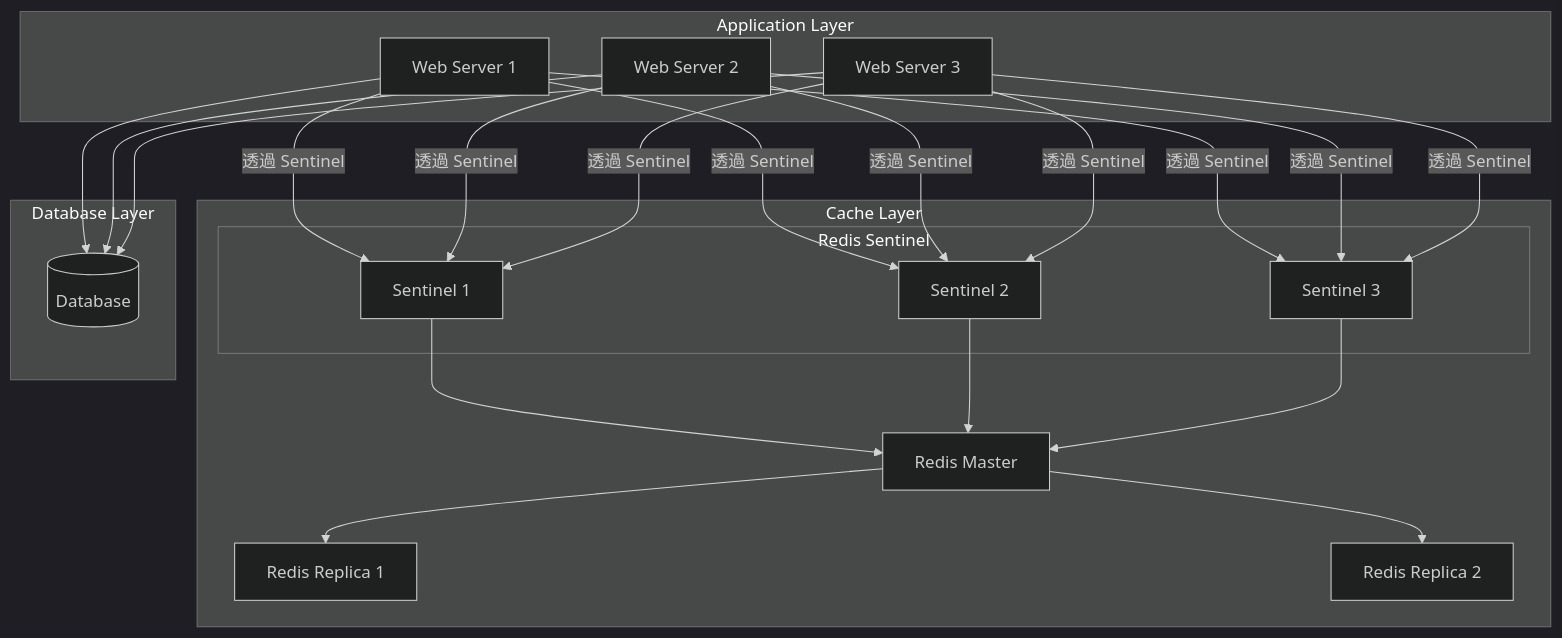
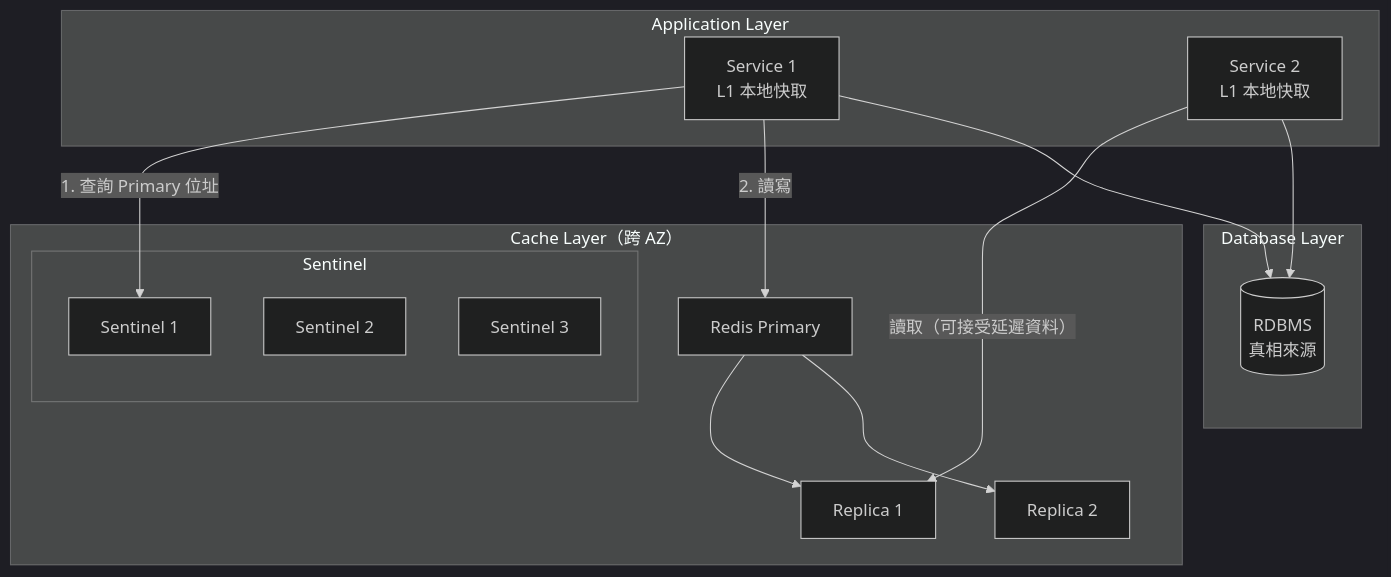
Before and after one commit to chihhung/Blog: diagram 15 of 30 in content/posts/教學/工具/Redis教學手冊.md, drawn with Mermaid (dark theme). The commit also changed other lines of this file and 10 other files, not shown here.

````diff
--- a/content/posts/教學/工具/Redis教學手冊.md
+++ b/content/posts/教學/工具/Redis教學手冊.md
@@ -1505,28 +2567,30 @@
 ```mermaid
 flowchart TB
-    subgraph "Application Layer"
-        A1[Web Server 1]
-        A2[Web Server 2]
-        A3[Web Server 3]
+    subgraph AppLayer["Application Layer"]
+        A1[Service 1<br/>L1 本地快取]
+        A2[Service 2<br/>L1 本地快取]
     end
-    
-    subgraph "Cache Layer"
-        subgraph "Redis Sentinel"
+
+    subgraph CacheLayer["Cache Layer（跨 AZ）"]
+        subgraph SentinelGroup["Sentinel"]
             S1[Sentinel 1]
             S2[Sentinel 2]
             S3[Sentinel 3]
         end
-        M[Redis Master]
-        R1[Redis Replica 1]
-        R2[Redis Replica 2]
+        M[Redis Primary]
+        R1[Replica 1]
+        R2[Replica 2]
     end
-    
-    subgraph "Database Layer"
-        DB[(Database)]
+
+    subgraph DataLayer["Database Layer"]
+        DB[(RDBMS<br/>真相來源)]
     end
-    
-    A1 & A2 & A3 -->|透過 Sentinel| S1 & S2 & S3
-    S1 & S2 & S3 --> M
-    M --> R1 & R2
-    A1 & A2 & A3 --> DB
+
+    A1 -->|1. 查詢 Primary 位址| S1
+    A1 -->|2. 讀寫| M
+    A2 -->|讀取（可接受延遲資料）| R1
+    M --> R1
+    M --> R2
+    A1 --> DB
+    A2 --> DB
 ```
````
